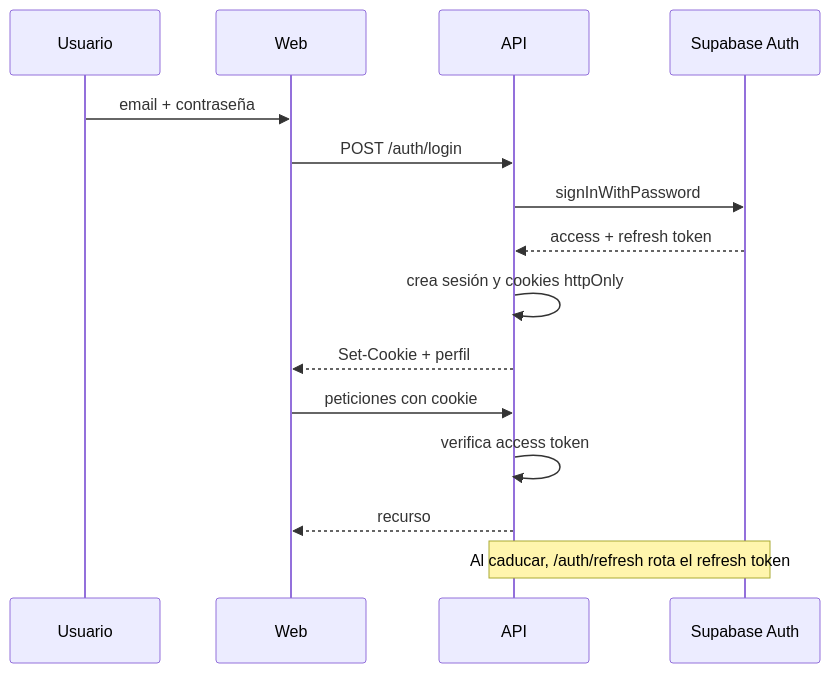
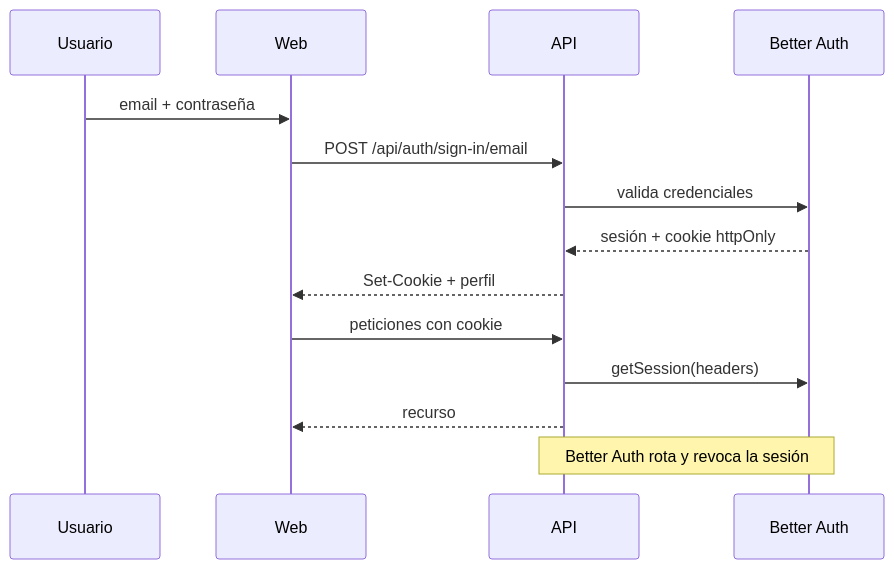
Before and after one commit to serpermar/Legaria: the third of 4 diagrams in docs/01-arquitectura.md, drawn with Mermaid. The commit also changed other lines of this file and 73 other files, not shown here.

````diff
--- a/docs/01-arquitectura.md
+++ b/docs/01-arquitectura.md
@@ -210,17 +211,16 @@
 ```mermaid
 sequenceDiagram
     participant U as Usuario
     participant W as Web
     participant A as API
-    participant S as Supabase Auth
+    participant S as Better Auth
     U->>W: email + contraseña
-    W->>A: POST /auth/login
-    A->>S: signInWithPassword
-    S-->>A: access + refresh token
-    A->>A: crea sesión y cookies httpOnly
+    W->>A: POST /api/auth/sign-in/email
+    A->>S: valida credenciales
+    S-->>A: sesión + cookie httpOnly
     A-->>W: Set-Cookie + perfil
     W->>A: peticiones con cookie
-    A->>A: verifica access token
+    A->>S: getSession(headers)
     A-->>W: recurso
-    Note over A,S: Al caducar, /auth/refresh rota el refresh token
+    Note over A,S: Better Auth rota y revoca la sesión
 ```
````
